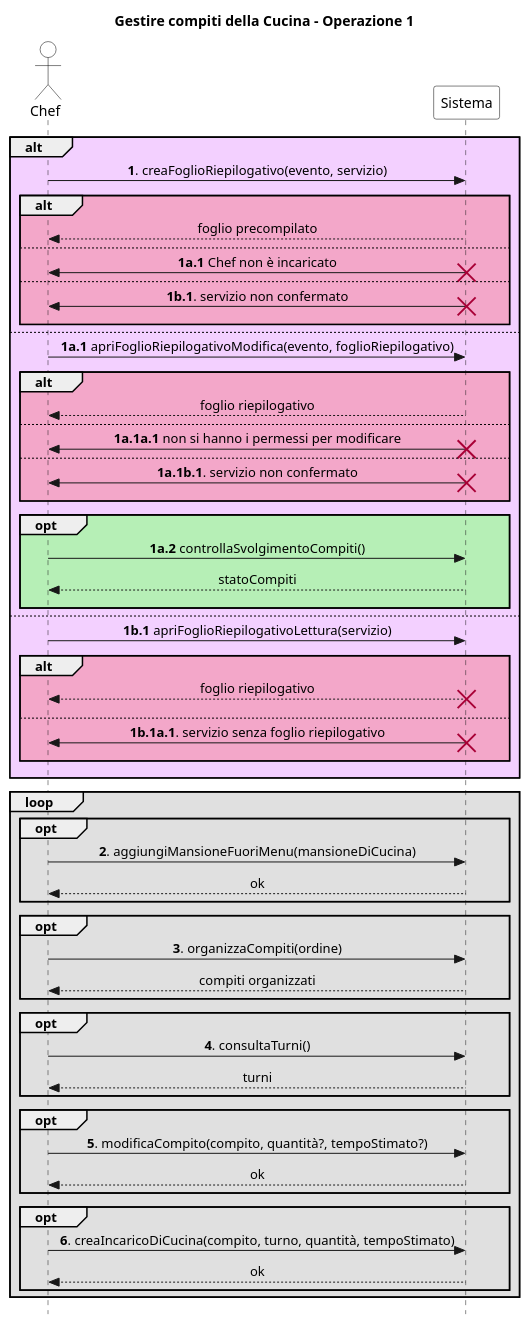
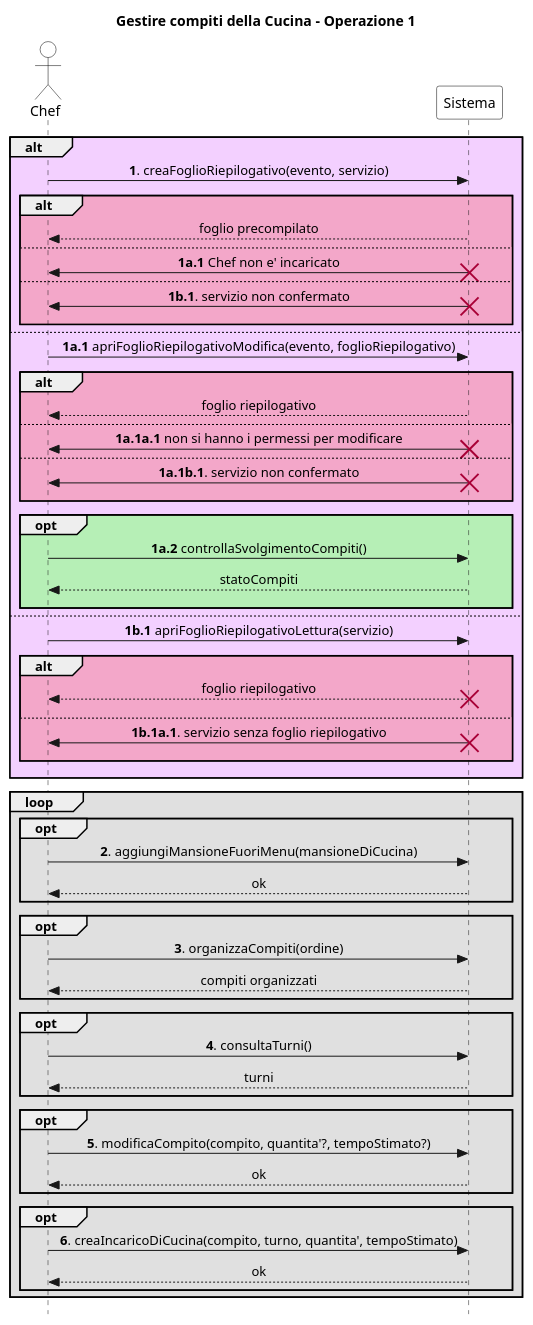
Before and after one commit to stefa168/sas-project: the diagram in UP/Requisiti/UC Gestire Compiti Cucina/SSD/Estensioni-Eccezioni Op1.puml, drawn with PlantUML. The commit also changed 6 other files, not shown here.

```diff
--- a/UP/Requisiti/UC Gestire Compiti Cucina/SSD/Estensioni-Eccezioni Op1.puml
+++ b/UP/Requisiti/UC Gestire Compiti Cucina/SSD/Estensioni-Eccezioni Op1.puml
@@ -1,90 +1,90 @@
 @startuml
 skinparam Style strictuml
 skinparam SequenceMessageAlign center
 
 skinparam sequence {
     ActorBorderColor Black
     ActorBackgroundColor White
     ParticipantBorderColor Black
     ParticipantBackgroundColor White
 }
 
 actor Chef
 participant Sistema
 
 title Gestire compiti della Cucina - Operazione 1
 
 alt #f3d0ff
     Chef -> Sistema: **1**. creaFoglioRiepilogativo(evento, servizio)
     alt #f3a7c9
         return foglio precompilato
     else
-        Chef <- Sistema: **1a.1** Chef non è incaricato
+        Chef <- Sistema: **1a.1** Chef non e' incaricato
         destroy Sistema
     else
         Chef <- Sistema: **1b.1**. servizio non confermato
         destroy Sistema
         ||10||
     end
 else
     Chef -> Sistema: **1a.1** apriFoglioRiepilogativoModifica(evento, foglioRiepilogativo)
     alt #f3a7c9
         return foglio riepilogativo
     else
         Chef <- Sistema: **1a.1a.1** non si hanno i permessi per modificare
         destroy Sistema
     else
         Chef <- Sistema: **1a.1b.1**. servizio non confermato
         destroy Sistema
         ||10||
     end
 
     opt #b6efb6
         Chef -> Sistema: **1a.2** controllaSvolgimentoCompiti()
         return statoCompiti
         ||10||
     end
 else
     Chef -> Sistema: **1b.1** apriFoglioRiepilogativoLettura(servizio)
     alt #f3a7c9
         return foglio riepilogativo
         destroy Sistema
         ||10||
     else
         Chef <- Sistema: **1b.1a.1**. servizio senza foglio riepilogativo
         destroy Sistema
         ||10||
     end
     ||10||
 end
 
 loop #e0e0e0
     opt #e0e0e0
         Chef -> Sistema: **2**. aggiungiMansioneFuoriMenu(mansioneDiCucina)
         return ok
     end
 
     opt #e0e0e0
         Chef -> Sistema: **3**. organizzaCompiti(ordine)
         return compiti organizzati
     end
 
     opt #e0e0e0
         Chef -> Sistema: **4**. consultaTurni()
         return turni
     end
 
     opt #e0e0e0
-        Chef -> Sistema: **5**. modificaCompito(compito, quantità?, tempoStimato?)
+        Chef -> Sistema: **5**. modificaCompito(compito, quantita'?, tempoStimato?)
         return ok
     end
 
     opt #e0e0e0
-        Chef -> Sistema: **6**. creaIncaricoDiCucina(compito, turno, quantità, tempoStimato)
+        Chef -> Sistema: **6**. creaIncaricoDiCucina(compito, turno, quantita', tempoStimato)
         return ok
     end
 
 end
 
 
 @enduml
```
